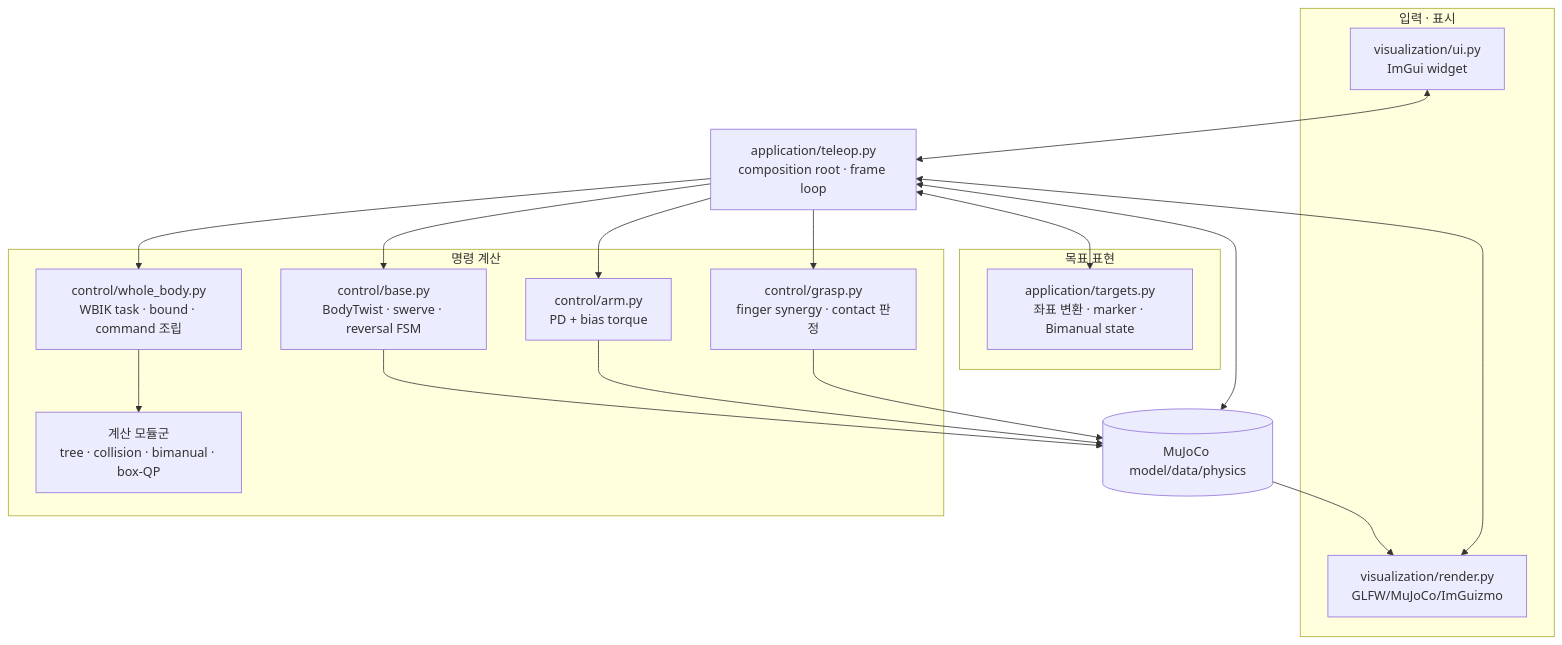
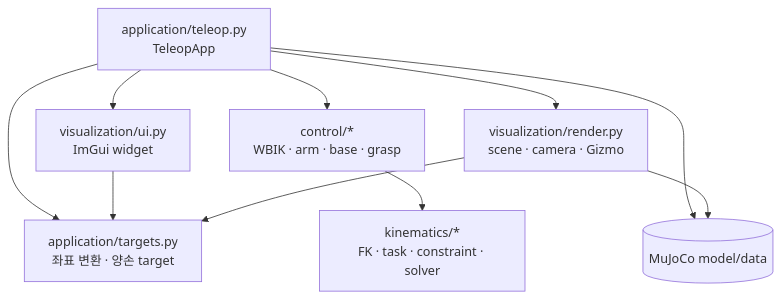
Before and after one commit to Geonhee-LEE/aiworker-mj-lab: the second of 3 diagrams in docs/overview.md, drawn with Mermaid. The commit also changed other lines of this file and 54 other files, not shown here.

````diff
--- a/docs/overview.md
+++ b/docs/overview.md
@@ -20,33 +34,20 @@
 ```mermaid
 flowchart TB
-    subgraph Presentation["입력 · 표시"]
-        UI["visualization/ui.py<br>ImGui widget"]
-        R["visualization/render.py<br>GLFW/MuJoCo/ImGuizmo"]
-    end
-    subgraph Intent["목표 표현"]
-        T["application/targets.py<br>좌표 변환 · marker · Bimanual state"]
-    end
-    subgraph Decision["명령 계산"]
-        W["control/whole_body.py<br>WBIK task · bound · command 조립"]
-        K["계산 모듈군<br>tree · collision · bimanual · box-QP"]
-        B["control/base.py<br>BodyTwist · swerve · reversal FSM"]
-        A["control/arm.py<br>PD + bias torque"]
-        G["control/grasp.py<br>finger synergy · contact 판정"]
-    end
-    APP["application/teleop.py<br>composition root · frame loop"]
-    P[("MuJoCo model/data/physics")]
+    APP["application/teleop.py<br>TeleopApp"]
+    TARGET["application/targets.py<br>좌표 변환 · 양손 target"]
+    UI["visualization/ui.py<br>ImGui widget"]
+    RENDER["visualization/render.py<br>scene · camera · Gizmo"]
+    CONTROL["control/*<br>WBIK · arm · base · grasp"]
+    KIN["kinematics/*<br>FK · task · constraint · solver"]
+    MJ[("MuJoCo model/data")]
 
-    UI <--> APP
-    R <--> APP
-    APP <--> T
-    APP --> W
-    W --> K
-    APP --> B
-    APP --> A
-    APP --> G
-    APP <--> P
-    B --> P
-    A --> P
-    G --> P
-    P --> R
+    APP --> UI
+    APP --> TARGET
+    APP --> CONTROL
+    CONTROL --> KIN
+    APP --> MJ
+    APP --> RENDER
+    UI --> TARGET
+    RENDER --> TARGET
+    RENDER --> MJ
 ```
````
